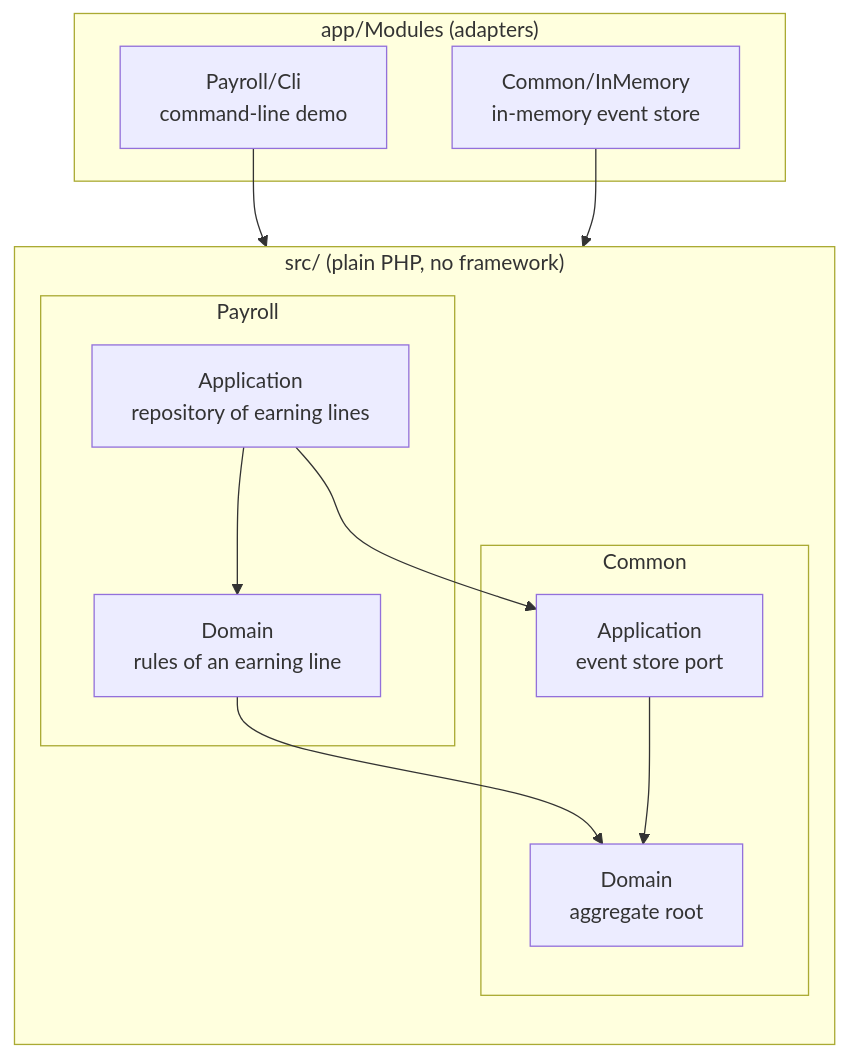
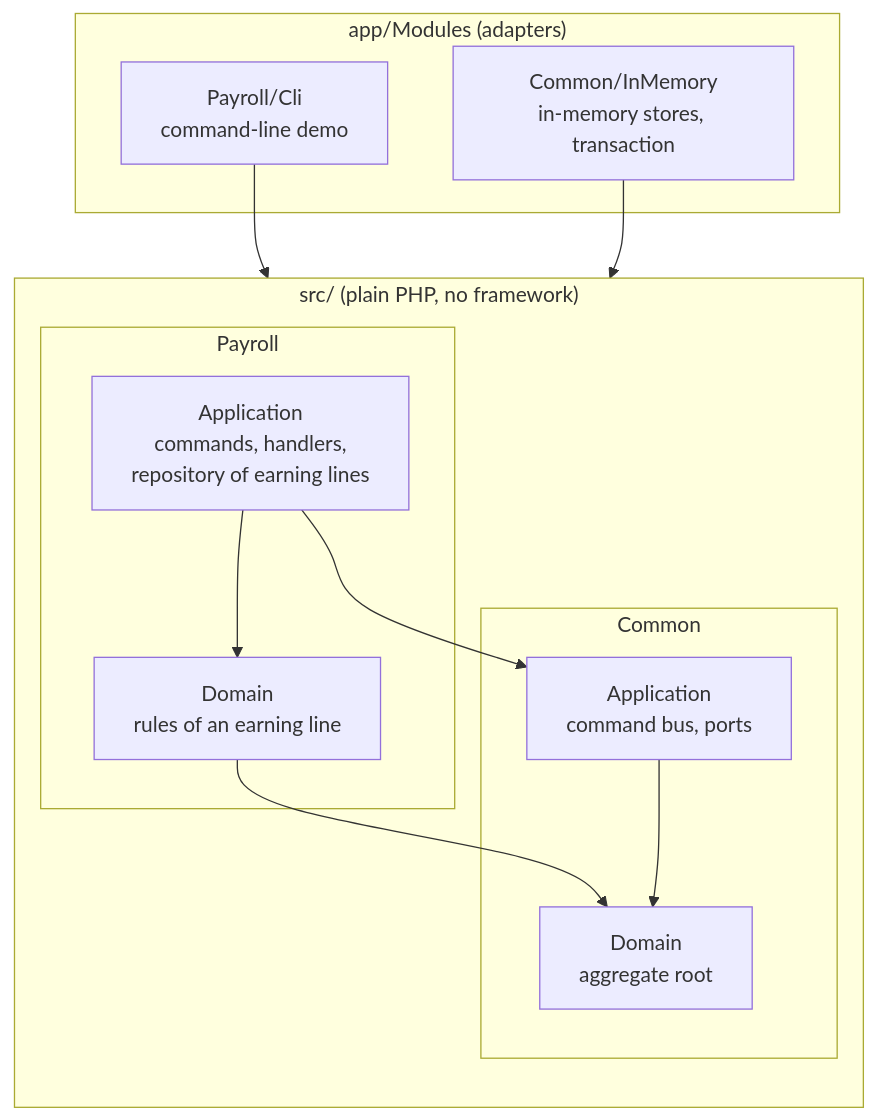
One commit to ddmytruk/line changed the diagram in docs/architecture.md. Above: the diagram before and after it, drawn with Mermaid. The commit also changed other lines of this file and 40 other files, not shown here.

First line of the commit message:
feat(payroll): commands, handlers and the command bus

````diff
--- a/docs/architecture.md
+++ b/docs/architecture.md
@@ -7,24 +7,24 @@
 ```mermaid
 flowchart TB
     subgraph src["src/ (plain PHP, no framework)"]
         direction TB
         subgraph payroll["Payroll"]
-            pa["Application<br/>repository of earning lines"]
+            pa["Application<br/>commands, handlers,<br/>repository of earning lines"]
             pd["Domain<br/>rules of an earning line"]
         end
         subgraph common["Common"]
-            ca["Application<br/>event store port"]
+            ca["Application<br/>command bus, ports"]
             cd["Domain<br/>aggregate root"]
         end
     end
     subgraph app["app/Modules (adapters)"]
         cli["Payroll/Cli<br/>command-line demo"]
-        mem["Common/InMemory<br/>in-memory event store"]
+        mem["Common/InMemory<br/>in-memory stores, transaction"]
     end
     cli --> pd
     mem --> ca
     pa --> pd
     pa --> ca
     pd --> cd
     ca --> cd
 ```
````
